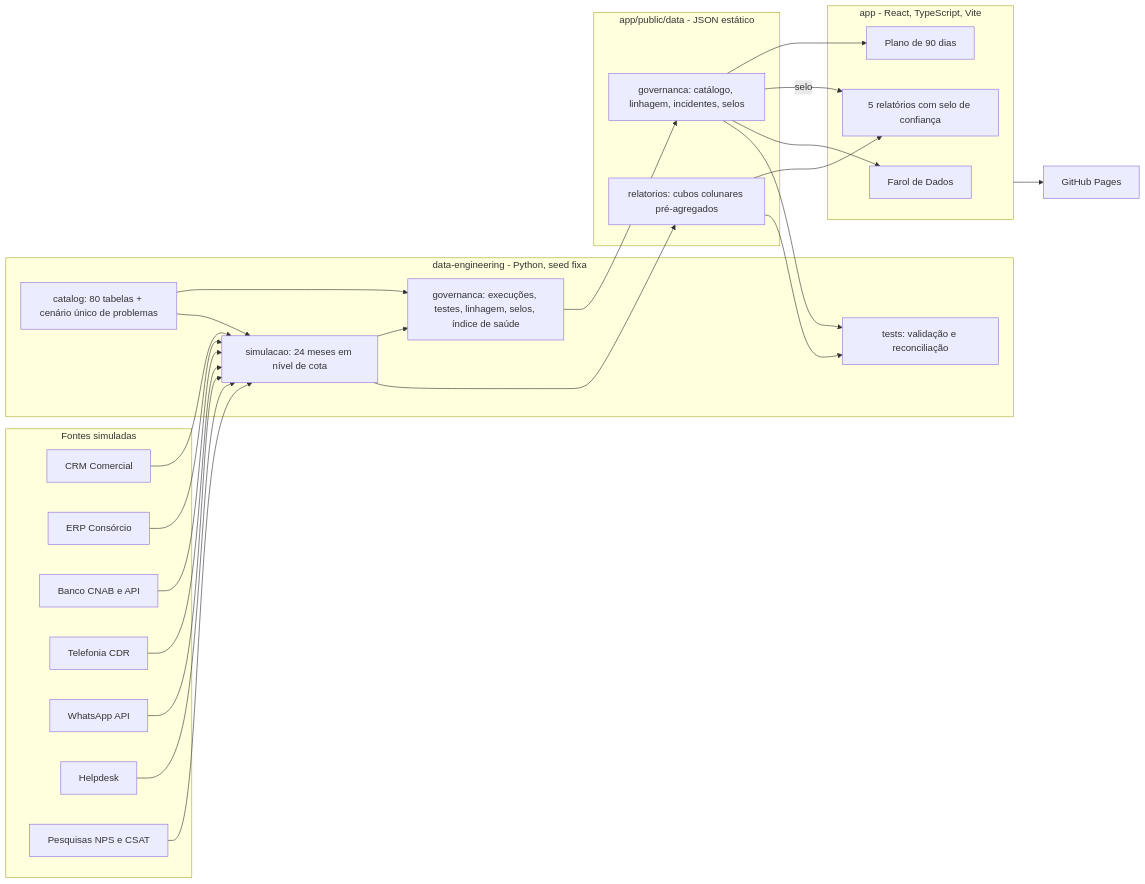
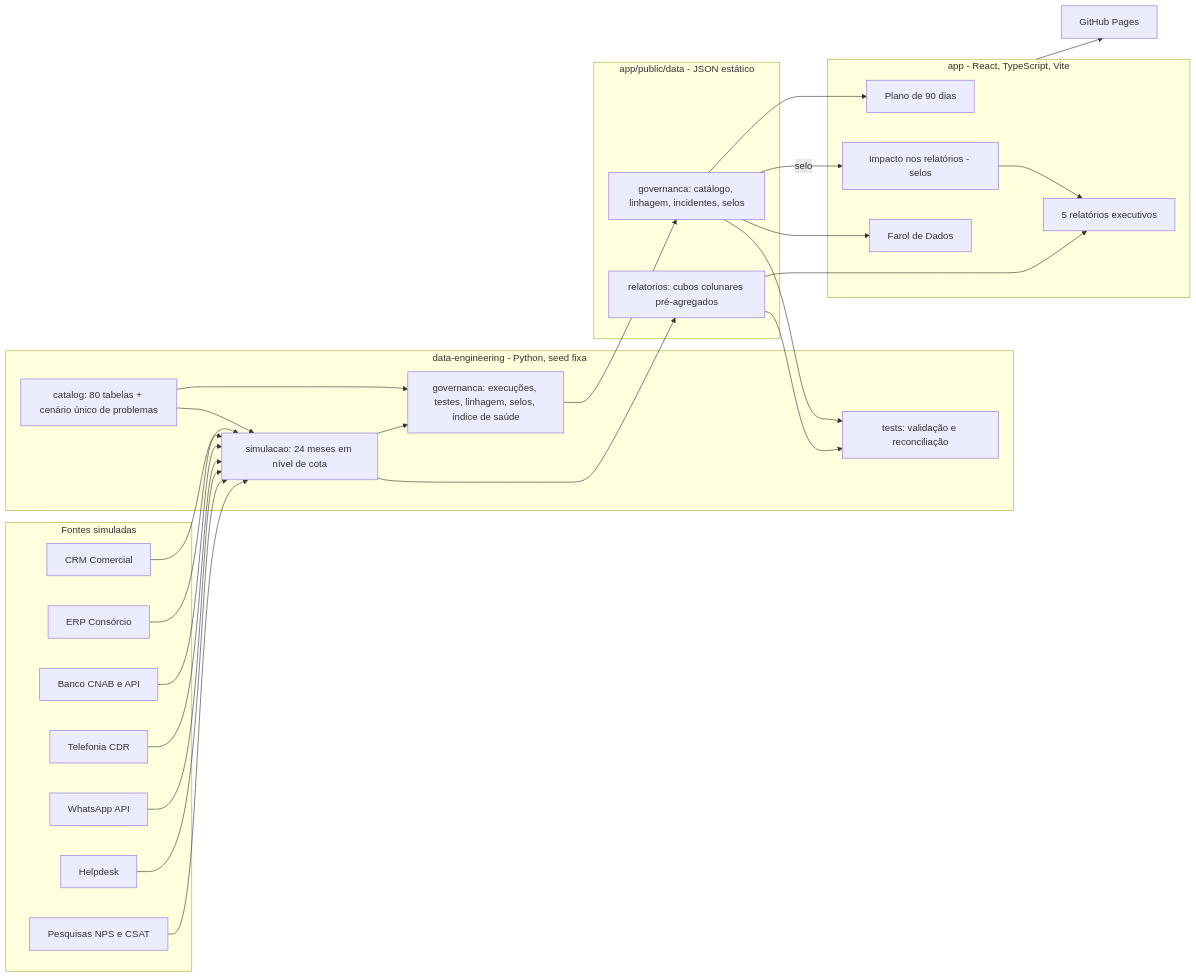
One commit to lucasfpereira2-wq/ancora-consorcio changed the diagram in README.md. Above: the diagram before and after it, drawn with Mermaid. The commit also changed other lines of this file and 26 other files, not shown here.

First line of the commit message:
Alertas saem dos relatórios e passam para a nova página Impacto nos relatórios

````diff
--- a/README.md
+++ b/README.md
@@ -41,44 +43,46 @@
 ```mermaid
 flowchart LR
   subgraph Fontes simuladas
     CRM[CRM Comercial]
     ERP[ERP Consórcio]
     BCO[Banco CNAB e API]
     TEL[Telefonia CDR]
     WPP[WhatsApp API]
     HLP[Helpdesk]
     PSQ[Pesquisas NPS e CSAT]
   end
 
   subgraph DE[data-engineering - Python, seed fixa]
     CEN[catalog: 80 tabelas + cenário único de problemas]
     SIM[simulacao: 24 meses em nível de cota]
     GOV[governanca: execuções, testes, linhagem, selos, índice de saúde]
     VAL[tests: validação e reconciliação]
   end
 
   subgraph JSON[app/public/data - JSON estático]
     CUB[relatorios: cubos colunares pré-agregados]
     CAT[governanca: catálogo, linhagem, incidentes, selos]
   end
 
   subgraph APP[app - React, TypeScript, Vite]
     FAR[Farol de Dados]
-    REL[5 relatórios com selo de confiança]
+    IMP[Impacto nos relatórios - selos]
+    REL[5 relatórios executivos]
     PLA[Plano de 90 dias]
   end
 
   CRM & ERP & BCO & TEL & WPP & HLP & PSQ --> SIM
   CEN --> SIM
   CEN --> GOV
   SIM --> CUB
   SIM --> GOV
   GOV --> CAT
   CUB --> VAL
   CAT --> VAL
   CUB --> REL
   CAT --> FAR
-  CAT -- selo --> REL
+  CAT -- selo --> IMP
+  IMP --> REL
   CAT --> PLA
   APP --> GH[GitHub Pages]
 ```
````
